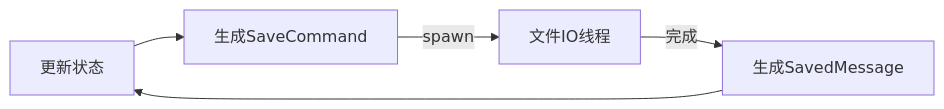
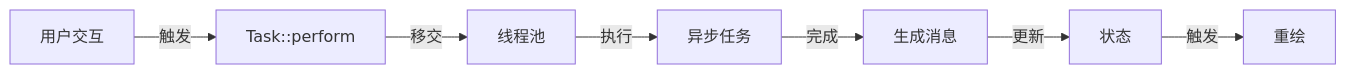
The second of 2 diagrams in articles/0051.Deconstructing-the-Runtime-Model-and-Design-Philosophy-of-Iced.mdx (Gaubee/gaubee.com), drawn with Mermaid before and after one commit. The commit also changed other lines of this file, not shown here.

````diff
--- a/articles/0051.Deconstructing-the-Runtime-Model-and-Design-Philosophy-of-Iced.mdx
+++ b/articles/0051.Deconstructing-the-Runtime-Model-and-Design-Philosophy-of-Iced.mdx
@@ -104,7 +69,9 @@
 ```mermaid
 flowchart LR
-    U[用户点击保存] --> C[生成SaveCommand]
-    C -->|spawn| T[文件IO线程]
-    T -->|完成| M[生成SavedMessage]
-    M --> U[更新状态]
+    U[用户交互] -->|触发| C[Task::perform]
+    C -->|移交| T[线程池]
+    T -->|执行| P[异步任务]
+    P -->|完成| M[生成消息]
+    M -->|更新| S[状态]
+    S -->|触发| R[重绘]
 ```
````
